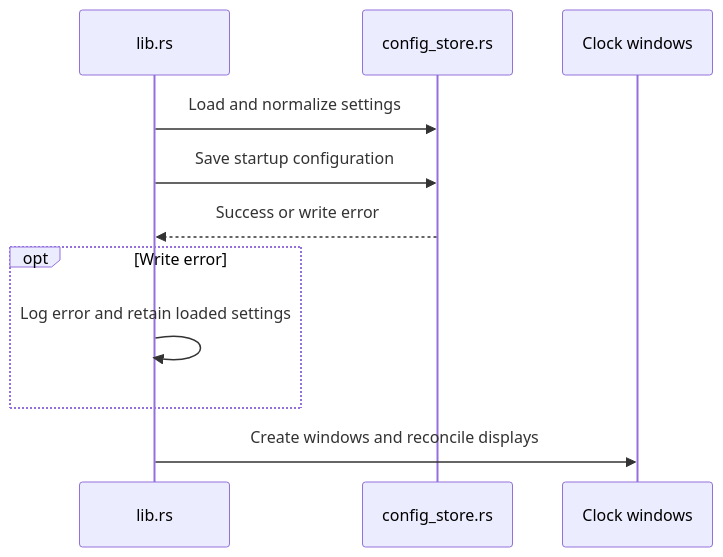
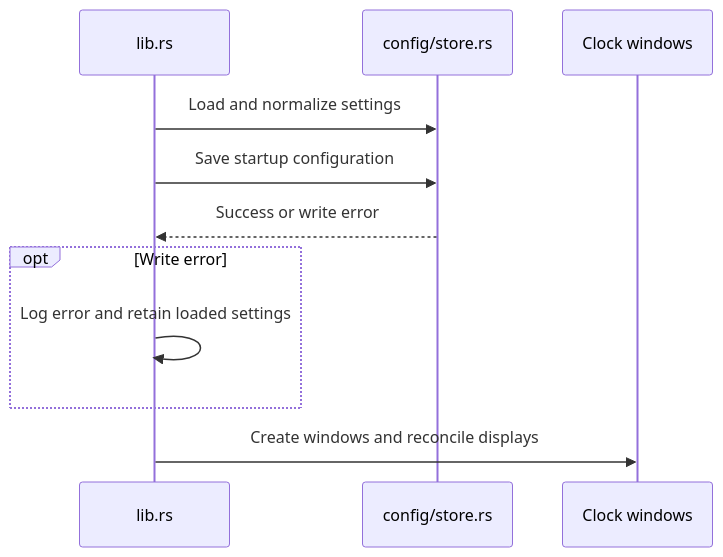
One commit to tbkmax/TopClock changed the fourth of 15 diagrams in src-tauri/src/doc/workflow_diagram.md. Above: the diagram before and after it, drawn with Mermaid. The commit also changed other lines of this file and 81 other files, not shown here.

````diff
--- a/src-tauri/src/doc/workflow_diagram.md
+++ b/src-tauri/src/doc/workflow_diagram.md
@@ -90,13 +92,13 @@
 ```mermaid
 sequenceDiagram
     participant App as lib.rs
-    participant Config as config_store.rs
+    participant Config as config/store.rs
     participant Windows as Clock windows
     App->>Config: Load and normalize settings
     App->>Config: Save startup configuration
     Config-->>App: Success or write error
     opt Write error
         App->>App: Log error and retain loaded settings
     end
     App->>Windows: Create windows and reconcile displays
 ```
````
